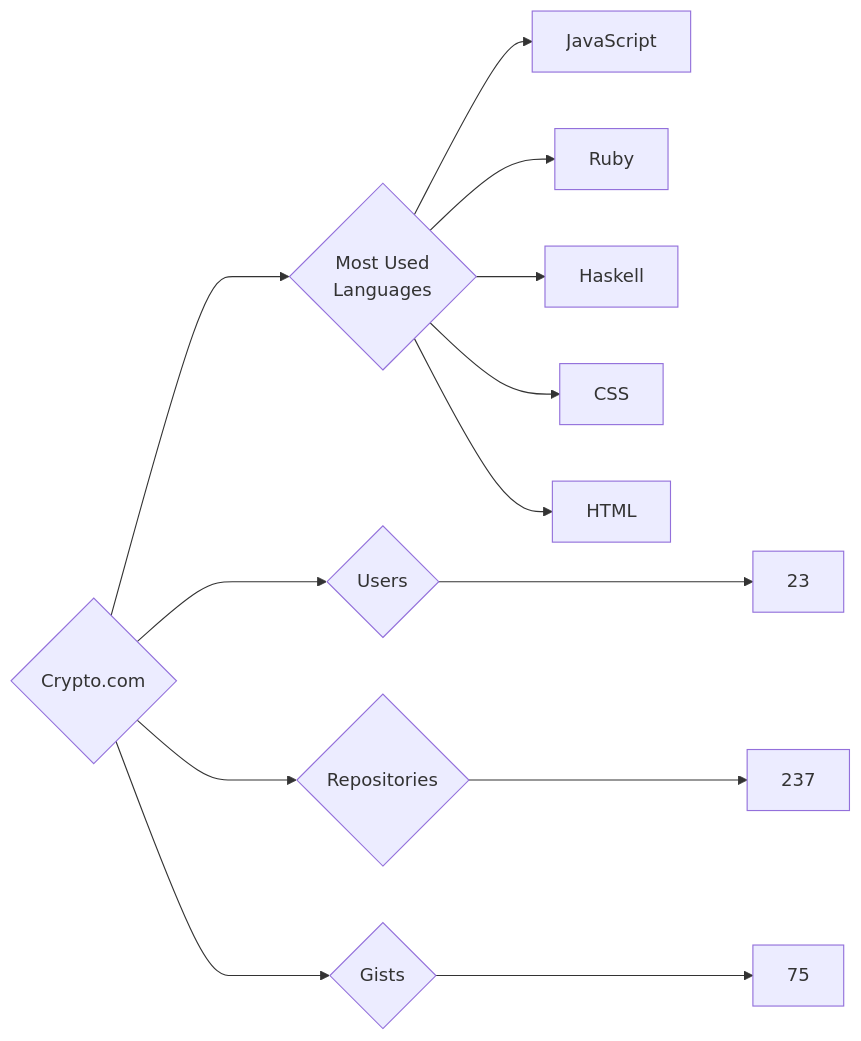
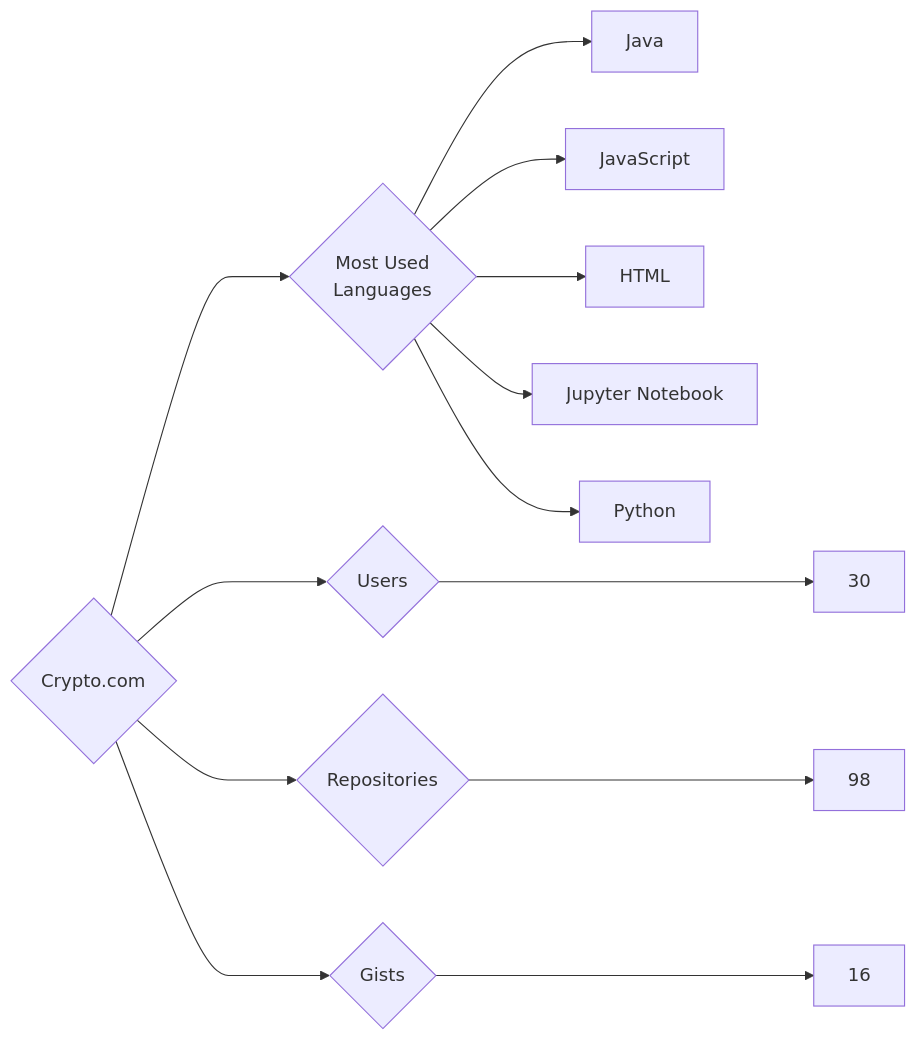
Before and after one commit to trickest/insiders: the diagram in targets/Crypto.com/README.md, drawn with Mermaid. The commit also changed 752 other files, not shown here.

````diff
--- a/targets/Crypto.com/README.md
+++ b/targets/Crypto.com/README.md
@@ -3,13 +3,13 @@
 ```mermaid
 graph LR
 COMPANY_NAME{Crypto.com}
-COMPANY_NAME ---> U{Users} ---> UN[23]
-COMPANY_NAME ---> R{Repositories} ---> RN[237]
-COMPANY_NAME ---> G{Gists} ---> GN[75]
+COMPANY_NAME ---> U{Users} ---> UN[30]
+COMPANY_NAME ---> R{Repositories} ---> RN[98]
+COMPANY_NAME ---> G{Gists} ---> GN[16]
 COMPANY_NAME ---> ML{Most Used<br>Languages}
+ML --> Java[Java]
 ML --> JavaScript[JavaScript]
-ML --> Ruby[Ruby]
-ML --> Haskell[Haskell]
-ML --> CSS[CSS]
 ML --> HTML[HTML]
+ML --> Jupyter_Notebook[Jupyter Notebook]
+ML --> Python[Python]
 ```
````
